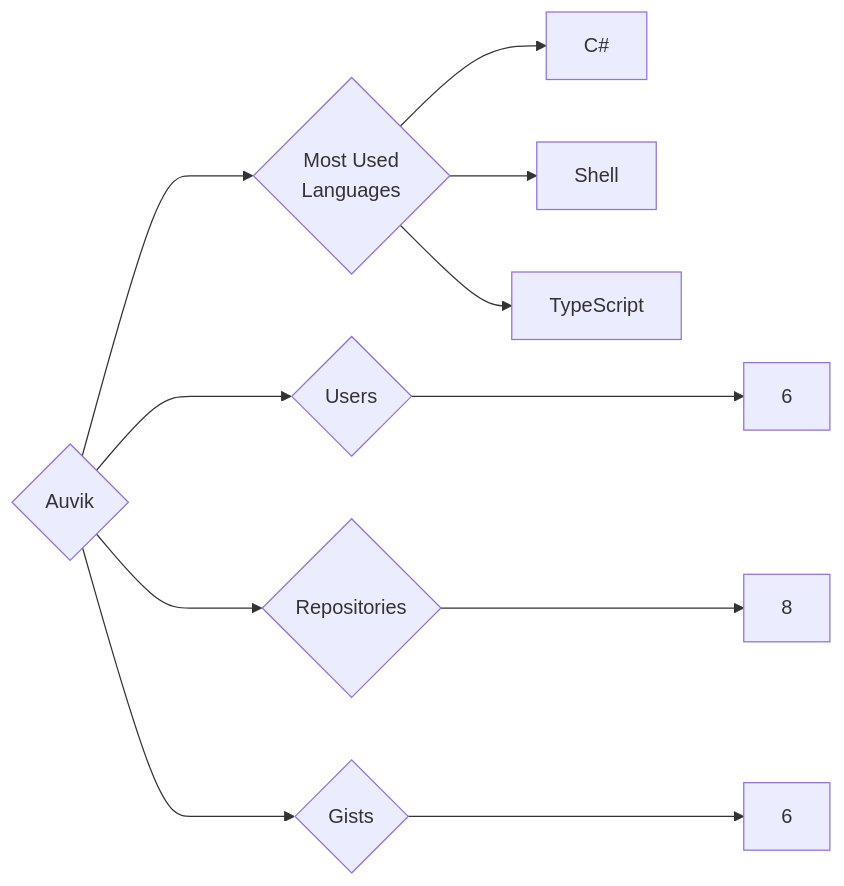
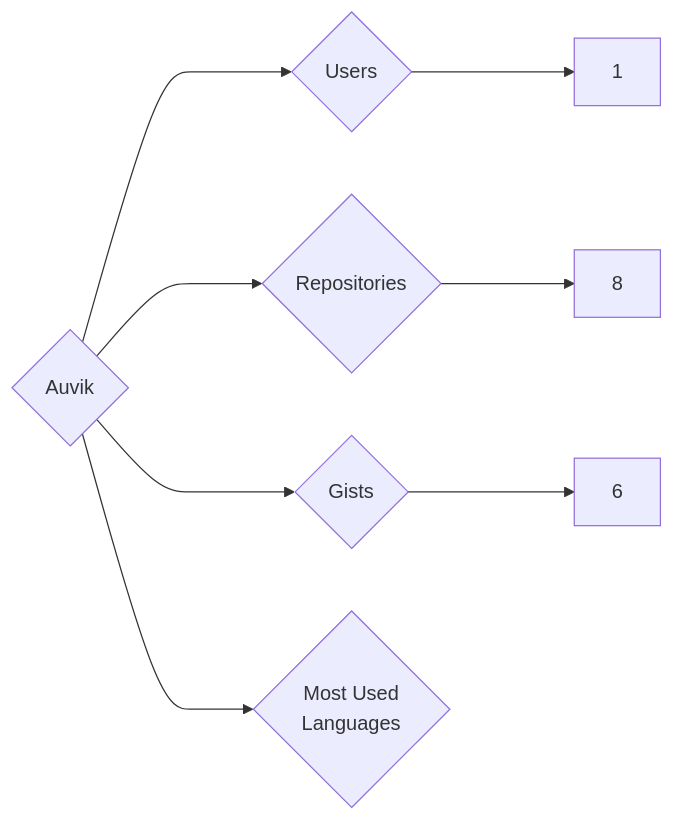
Before and after one commit to trickest/insiders: the diagram in targets/Auvik/README.md, drawn with Mermaid. The commit also changed 1238 other files, not shown here.

````diff
--- a/targets/Auvik/README.md
+++ b/targets/Auvik/README.md
@@ -3,11 +3,8 @@
 ```mermaid
 graph LR
 COMPANY_NAME{Auvik}
-COMPANY_NAME ---> U{Users} ---> UN[6]
+COMPANY_NAME ---> U{Users} ---> UN[1]
 COMPANY_NAME ---> R{Repositories} ---> RN[8]
 COMPANY_NAME ---> G{Gists} ---> GN[6]
 COMPANY_NAME ---> ML{Most Used<br>Languages}
-ML --> C#[C#]
-ML --> Shell[Shell]
-ML --> TypeScript[TypeScript]
 ```
````
